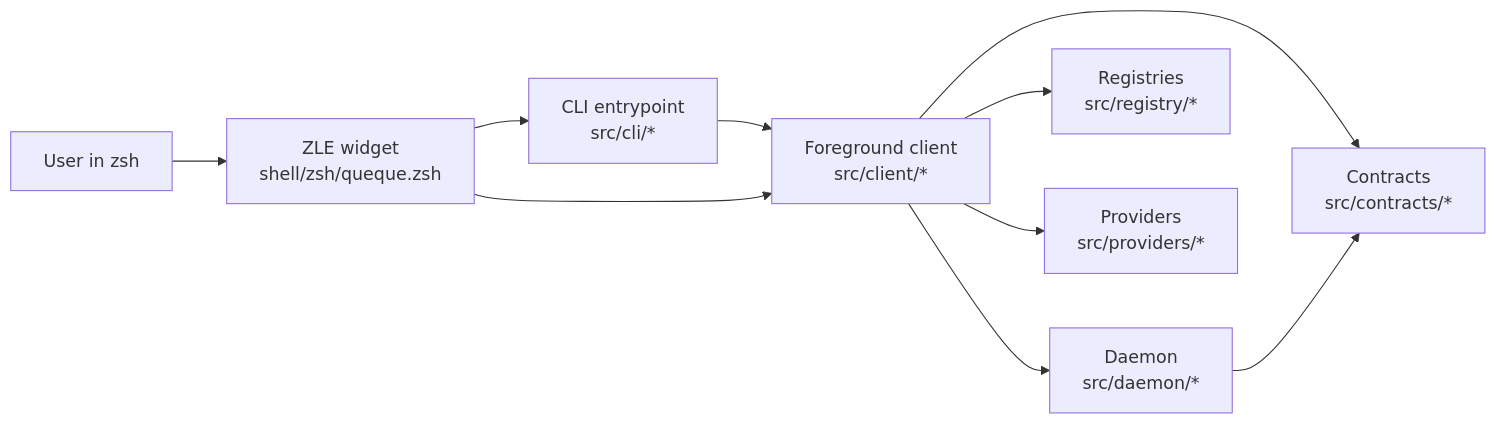
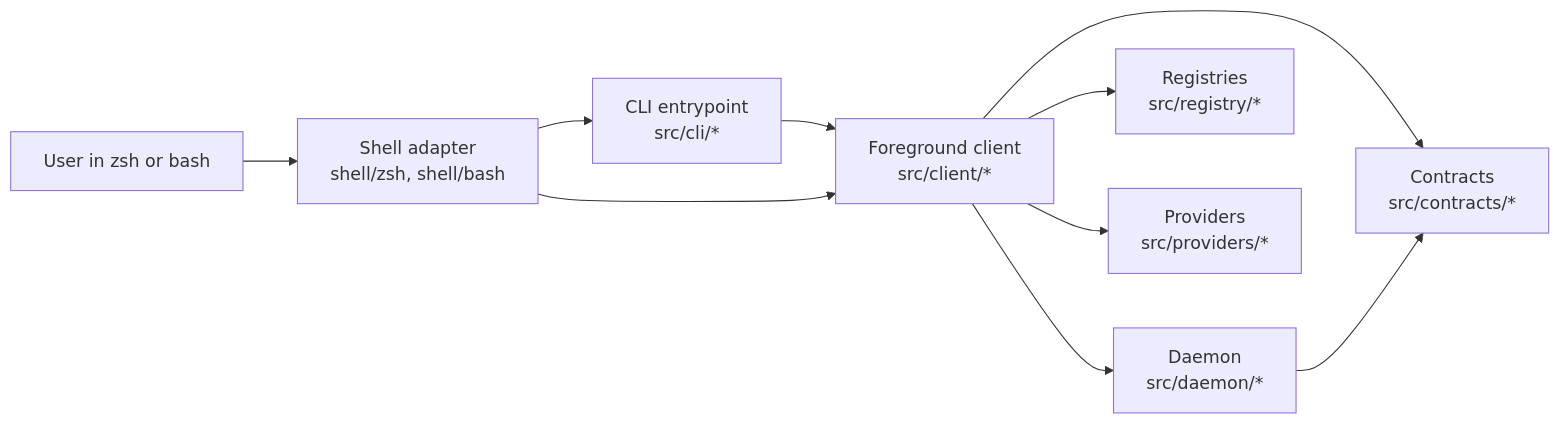
The second of 3 diagrams in docs/SYSTEM_DESIGN.md (k-leumas/queque), drawn with Mermaid before and after one commit. The commit also changed other lines of this file and 2 other files, not shown here.

First line of the commit message:
docs(11-10): document the shell adapter contract for phase 12

````diff
--- a/docs/SYSTEM_DESIGN.md
+++ b/docs/SYSTEM_DESIGN.md
@@ -58,21 +58,21 @@
 ```mermaid
 flowchart LR
-    U[User in zsh]
-    Z[ZLE widget<br/>shell/zsh/queque.zsh]
+    U[User in zsh or bash]
+    Z[Shell adapter<br/>shell/zsh, shell/bash]
     C[Foreground client<br/>src/client/*]
     CLI[CLI entrypoint<br/>src/cli/*]
     D[Daemon<br/>src/daemon/*]
     R[Registries<br/>src/registry/*]
     P[Providers<br/>src/providers/*]
     CT[Contracts<br/>src/contracts/*]
 
     U --> Z
     Z --> CLI
     CLI --> C
     C --> R
     C --> P
     C --> D
     C --> CT
     D --> CT
     Z --> C
 ```
````
